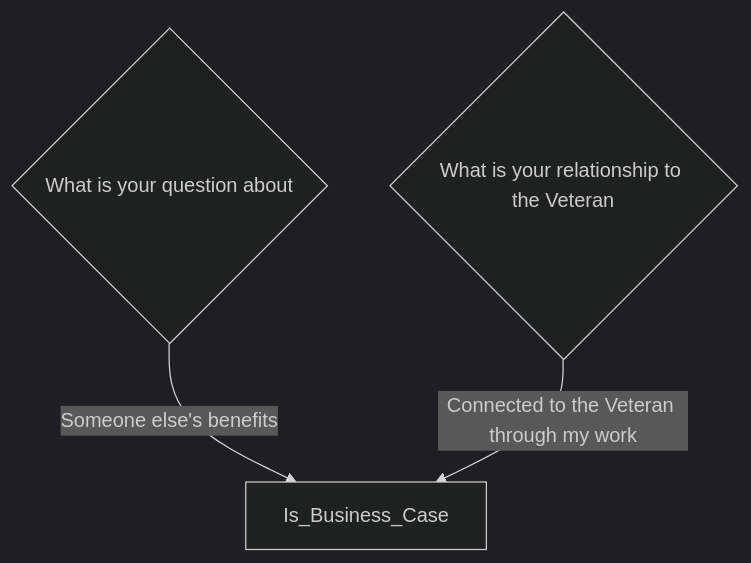
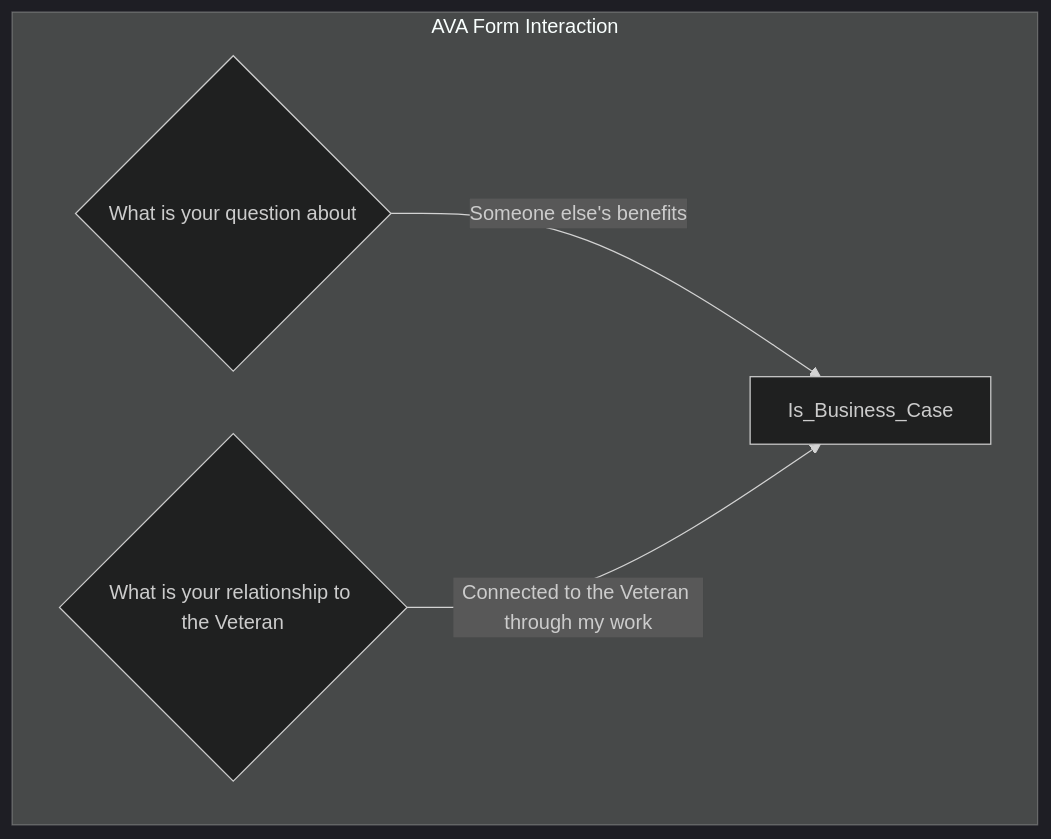
One commit to department-of-veterans-affairs/va.gov-team changed the fourth of 4 diagrams in products/ask-va/integration/va_profile/Profile_Processes.md. Above: the diagram before and after it, drawn with Mermaid (dark theme). The commit also changed other lines of this file, not shown here.

Commit message:
updated flowcharts

````diff
--- a/products/ask-va/integration/va_profile/Profile_Processes.md
+++ b/products/ask-va/integration/va_profile/Profile_Processes.md
@@ -55,5 +59,7 @@
 ```mermaid
 flowchart TB
+    subgraph AVA Form Interaction
     question1{What is your question about}-->|Someone else's benefits|Is_Business_Case
     question2{What is your relationship to the Veteran}-->|Connected to the Veteran through my work|Is_Business_Case
+    end
 ```
````
